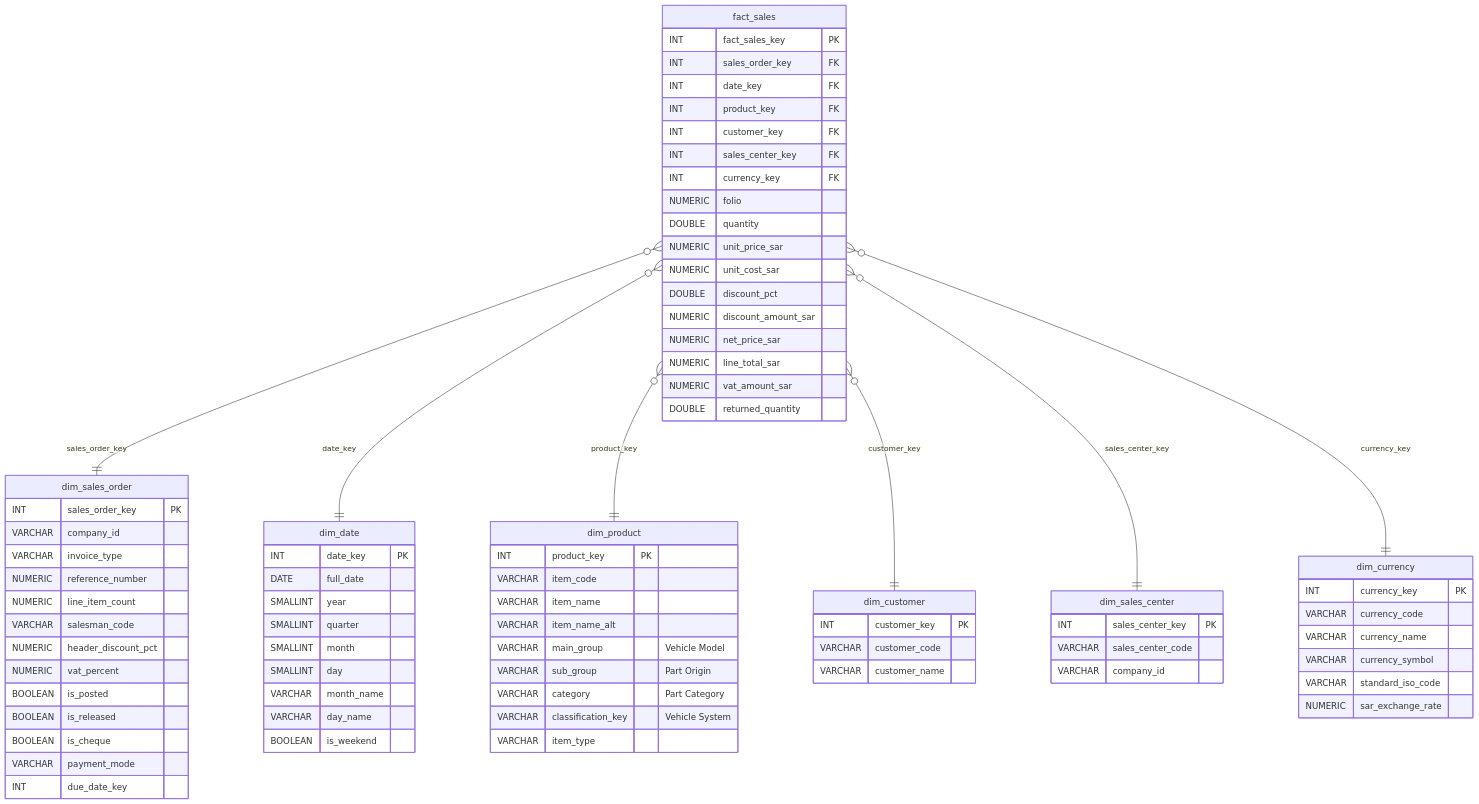
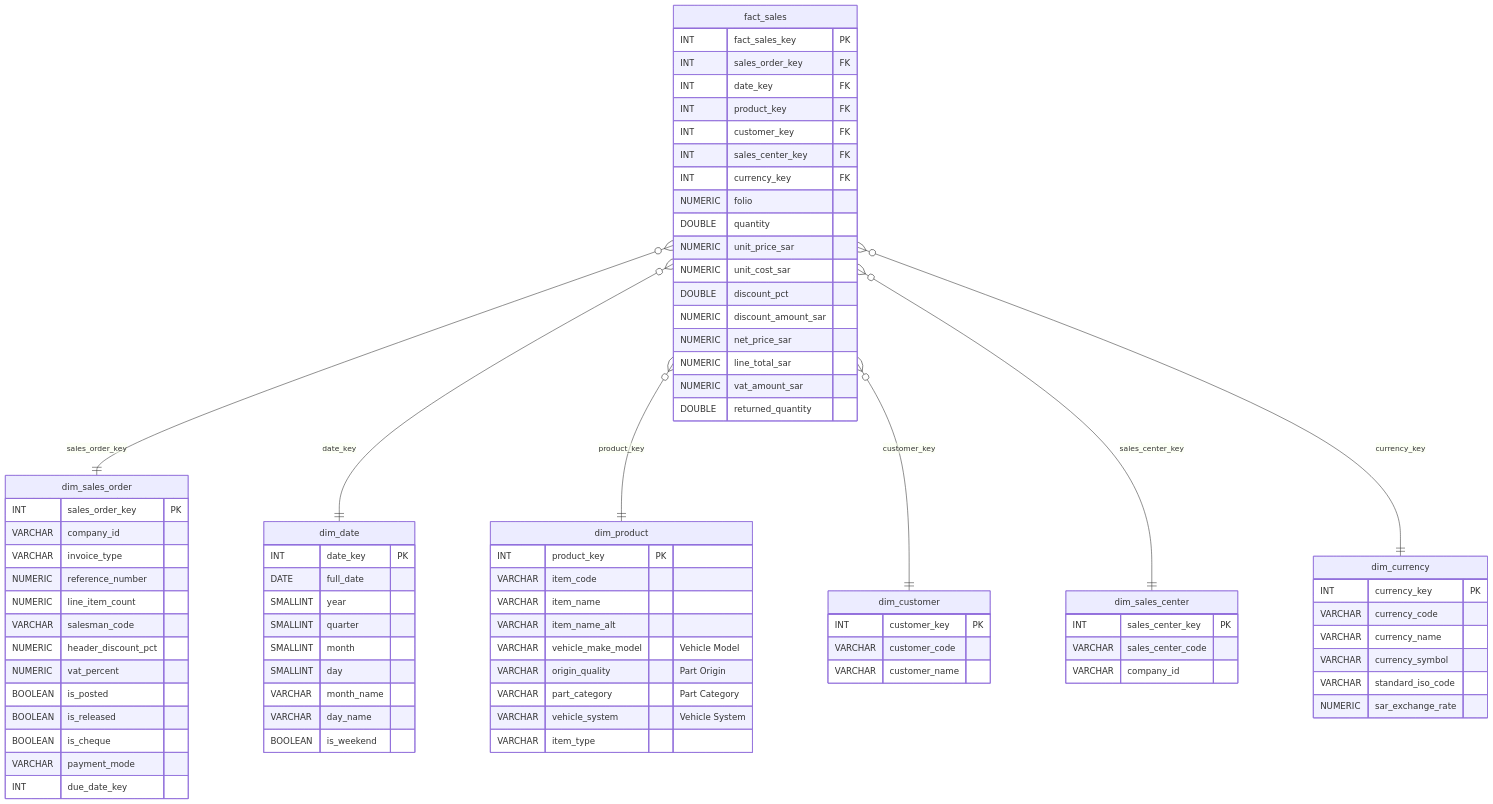
The second of 2 diagrams in README.md (FadiSaif/DataPipeline_DataWarehouse), drawn with Mermaid before and after one commit. The commit also changed other lines of this file and 7 other files, not shown here.

```diff
--- a/README.md
+++ b/README.md
@@ -108,10 +113,10 @@
         VARCHAR item_code
         VARCHAR item_name
         VARCHAR item_name_alt
-        VARCHAR main_group "Vehicle Model"
-        VARCHAR sub_group "Part Origin"
-        VARCHAR category "Part Category"
-        VARCHAR classification_key "Vehicle System"
+        VARCHAR vehicle_make_model "Vehicle Model"
+        VARCHAR origin_quality "Part Origin"
+        VARCHAR part_category "Part Category"
+        VARCHAR vehicle_system "Vehicle System"
         VARCHAR item_type
     }
 
```
